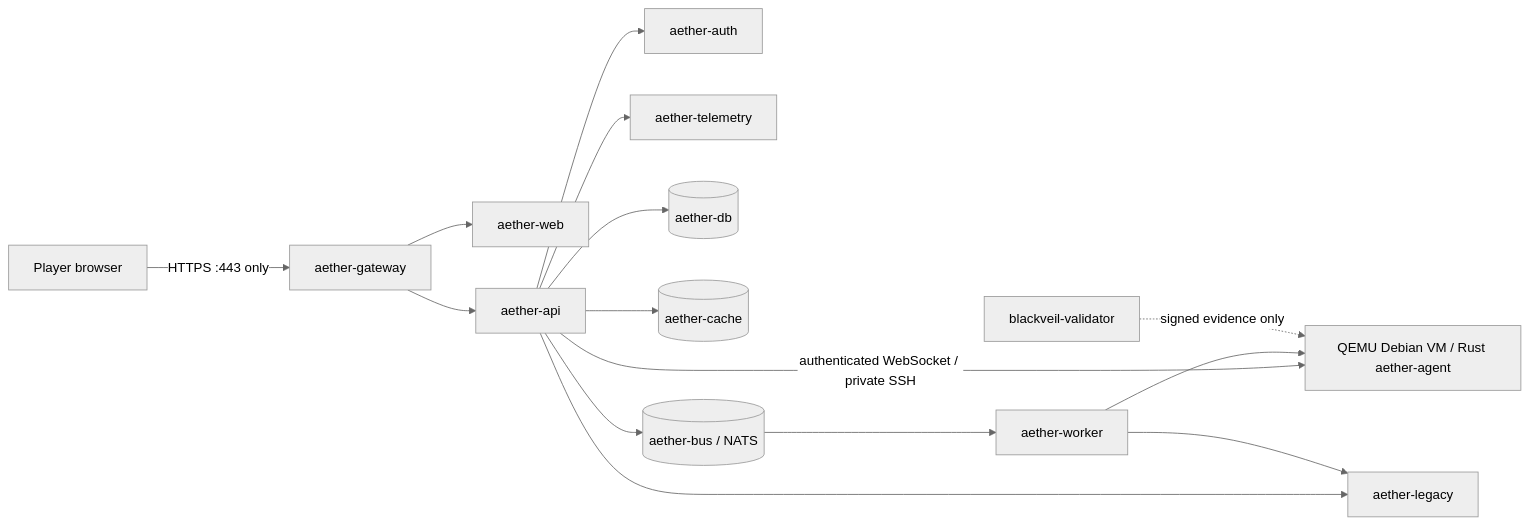
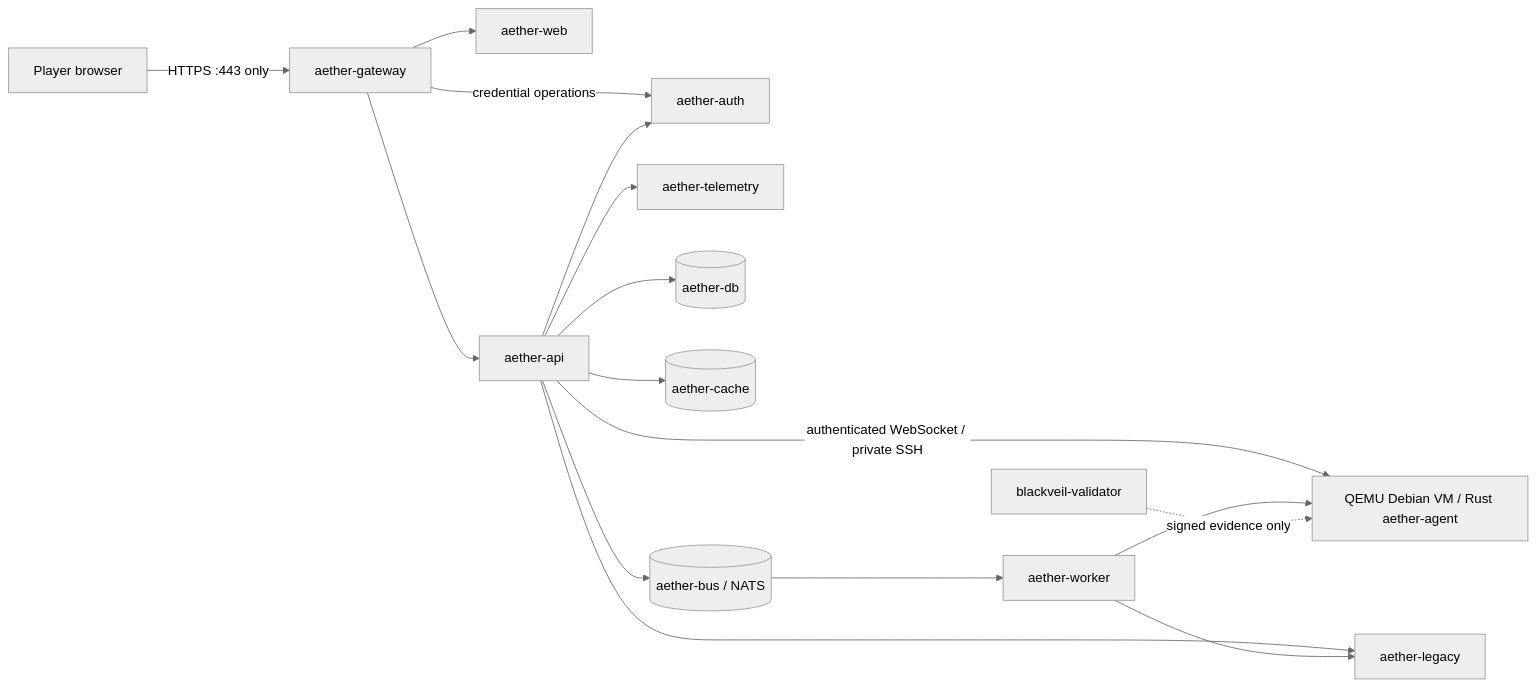
Before and after one commit to Loic-ally/Blackveil: the diagram in blackveil/docs/architecture/network.md, drawn with Mermaid (neutral theme). The commit also changed 8 other files, not shown here.

````diff
--- a/blackveil/docs/architecture/network.md
+++ b/blackveil/docs/architecture/network.md
@@ -5,17 +5,18 @@
 ```mermaid
 flowchart LR
     P[Player browser] -->|HTTPS :443 only| G[aether-gateway]
     G --> W[aether-web]
     G --> A[aether-api]
+    G -->|credential operations| AU[aether-auth]
     A -->|authenticated WebSocket / private SSH| VM[QEMU Debian VM]
     A --> AU[aether-auth]
     A --> L[aether-legacy]
     A --> T[aether-telemetry]
     A --> PG[(aether-db)]
     A --> R[(aether-cache)]
     A --> N[(aether-bus / NATS)]
     N --> WK[aether-worker]
     WK --> L
     WK --> VM[QEMU Debian VM / Rust aether-agent]
     V[blackveil-validator] -. signed evidence only .-> VM
 ```
````
